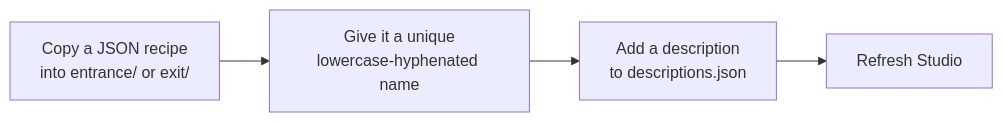
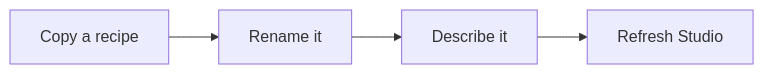
The second of 2 diagrams in particles/README.md (joncastillo/Kinetic_Lyrics), drawn with Mermaid before and after one commit. The commit also changed other lines of this file and 1 other file, not shown here.

First line of the commit message:
Shorten diagram labels so GitHub does not clip them

````diff
--- a/particles/README.md
+++ b/particles/README.md
@@ -42,6 +40,4 @@
 ```mermaid
 flowchart LR
-    A[Copy a JSON recipe<br/>into entrance/ or exit/] --> B[Give it a unique<br/>lowercase-hyphenated name]
-    B --> C[Add a description<br/>to descriptions.json]
-    C --> D[Refresh Studio]
+    A[Copy a recipe] --> B[Rename it] --> C[Describe it] --> D[Refresh Studio]
 ```
````
